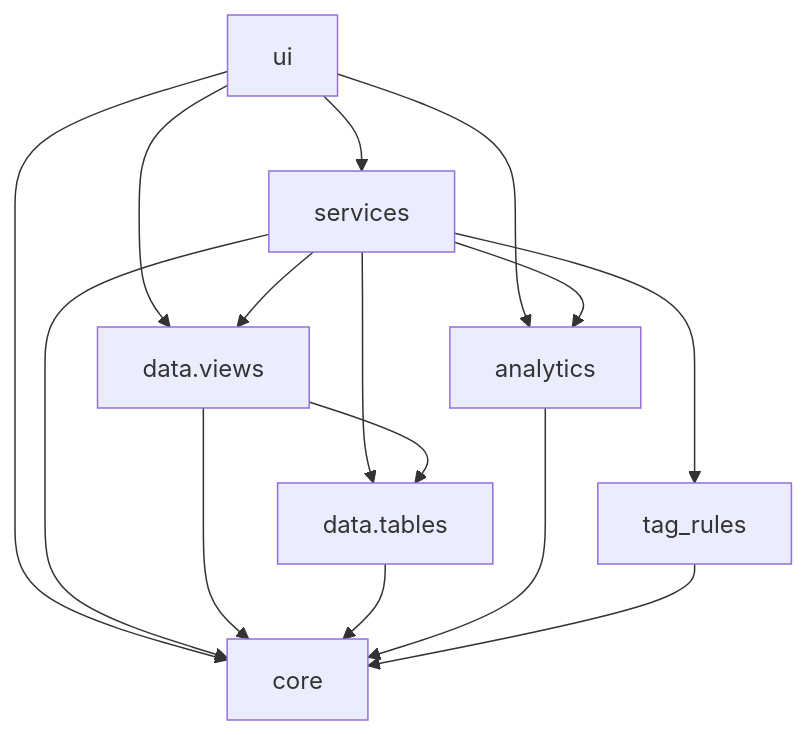
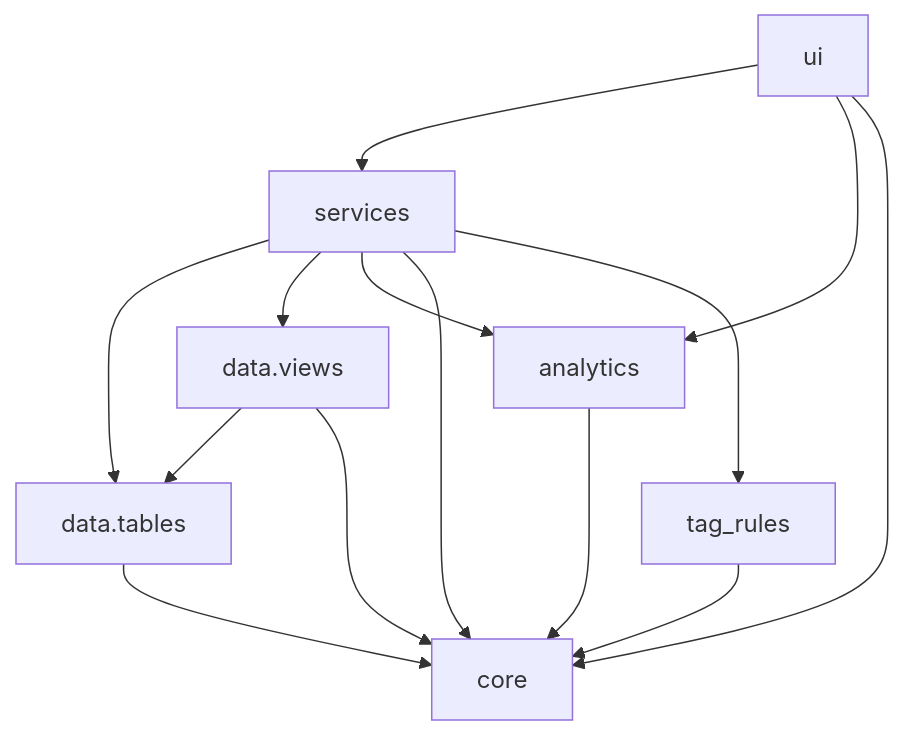
One commit to dabraude/flathold changed the second of 2 diagrams in docs/architecture.md. Above: the diagram before and after it, drawn with Mermaid. The commit also changed other lines of this file and 32 other files, not shown here.

````diff
--- a/docs/architecture.md
+++ b/docs/architecture.md
@@ -37,21 +70,20 @@
 ```mermaid
 flowchart TD
   ui[ui] --> services[services]
-  ui --> dataViews[data.views]
   ui --> analytics[analytics]
   ui --> core[core]
 
   services --> dataTables[data.tables]
-  services --> dataViews
+  services --> dataViews[data.views]
   services --> analytics
   services --> core
   services --> tagRules[tag_rules]
 
   dataViews --> dataTables
   dataViews --> core
 
   dataTables --> core
 
   analytics --> core
   tagRules --> core
 ```
````
